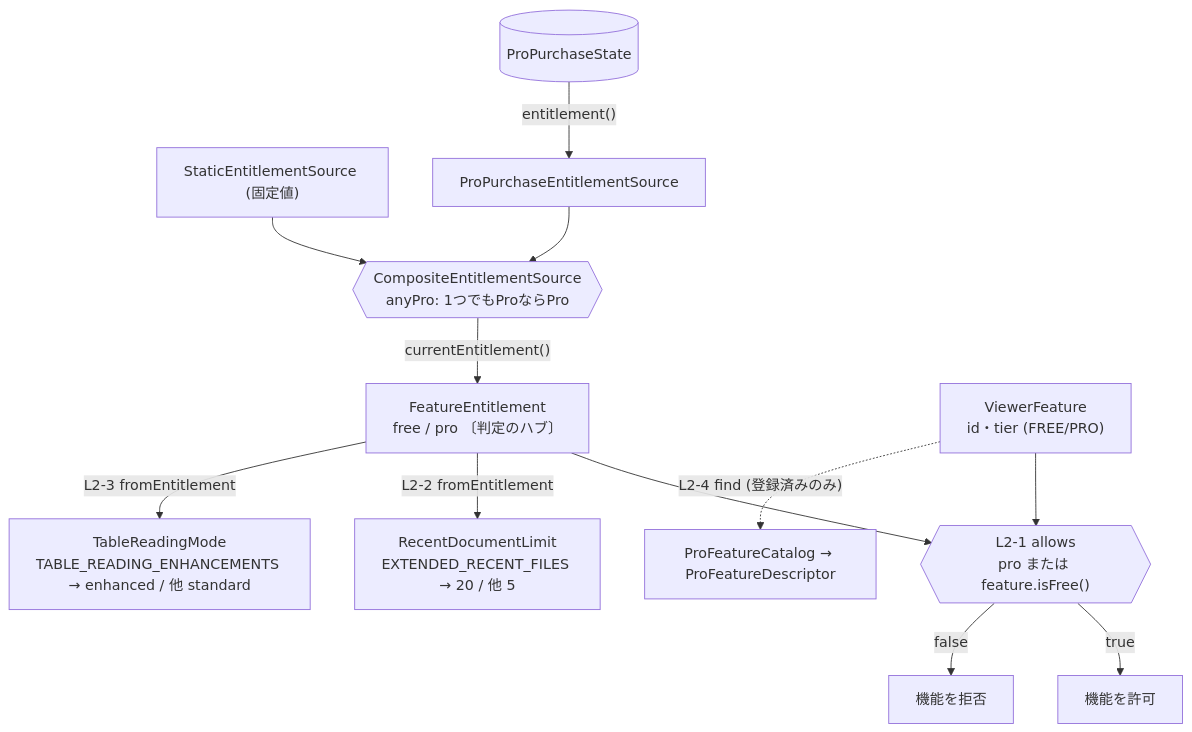
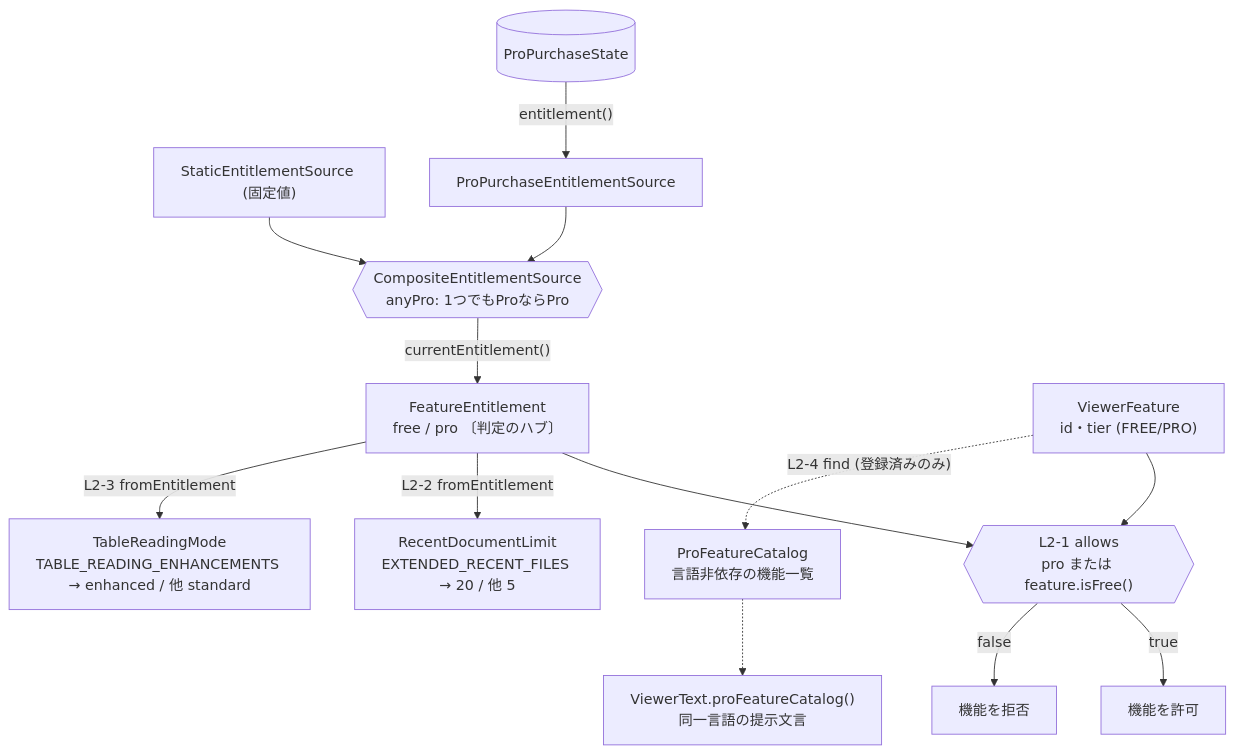
The diagram in docs/domain/domain-glossary.md (Yos-K/localmd-reader), drawn with Mermaid before and after one commit. The commit also changed other lines of this file and 75 other files, not shown here.

First line of the commit message:
fix: align file navigation and localized pro copy (#12)

````diff
--- a/docs/domain/domain-glossary.md
+++ b/docs/domain/domain-glossary.md
@@ -51,23 +51,24 @@
 ```mermaid
 flowchart TD
     State[("ProPurchaseState")]
     Static["StaticEntitlementSource (固定値)"]
     Purchase["ProPurchaseEntitlementSource"]
     Composite{{"CompositeEntitlementSource<br/>anyPro: 1つでもProならPro"}}
 
     State -->|"entitlement()"| Purchase
     Static --> Composite
     Purchase --> Composite
     Composite -->|"currentEntitlement()"| Ent["FeatureEntitlement<br/>free / pro 〔判定のハブ〕"]
 
     Feature["ViewerFeature<br/>id・tier (FREE/PRO)"]
     Ent --> AllowQ{{"L2-1 allows<br/>pro または feature.isFree()"}}
     Feature --> AllowQ
     AllowQ -->|"true"| Use["機能を許可"]
     AllowQ -->|"false"| Deny["機能を拒否"]
 
     Ent -->|"L2-2 fromEntitlement"| Limit["RecentDocumentLimit<br/>EXTENDED_RECENT_FILES → 20 / 他 5"]
     Ent -->|"L2-3 fromEntitlement"| Mode["TableReadingMode<br/>TABLE_READING_ENHANCEMENTS → enhanced / 他 standard"]
 
-    Feature -.->|"L2-4 find (登録済みのみ)"| Catalog["ProFeatureCatalog → ProFeatureDescriptor"]
+    Feature -.->|"L2-4 find (登録済みのみ)"| Catalog["ProFeatureCatalog<br/>言語非依存の機能一覧"]
+    Catalog -.-> Copy["ViewerText.proFeatureCatalog()<br/>同一言語の提示文言"]
 ```
````
